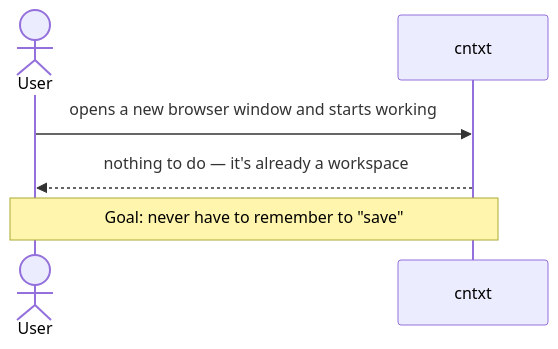
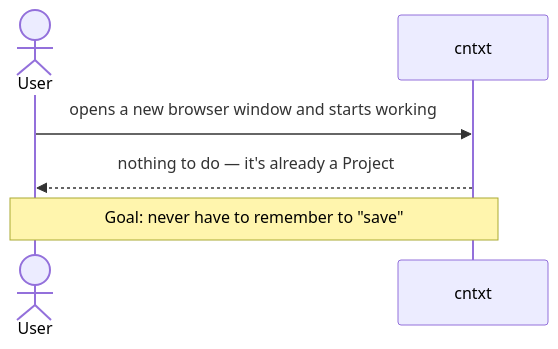
The first of 11 diagrams in docs/workflows.md (enyhma/cntxt), drawn with Mermaid before and after one commit. The commit also changed other lines of this file and 9 other files, not shown here.

````diff
--- a/docs/workflows.md
+++ b/docs/workflows.md
@@ -24,9 +24,9 @@
 ```mermaid
 sequenceDiagram
     actor User
     participant cntxt
 
     User->>cntxt: opens a new browser window and starts working
-    cntxt-->>User: nothing to do — it's already a workspace
+    cntxt-->>User: nothing to do — it's already a Project
     Note over User,cntxt: Goal: never have to remember to "save"
 ```
````
